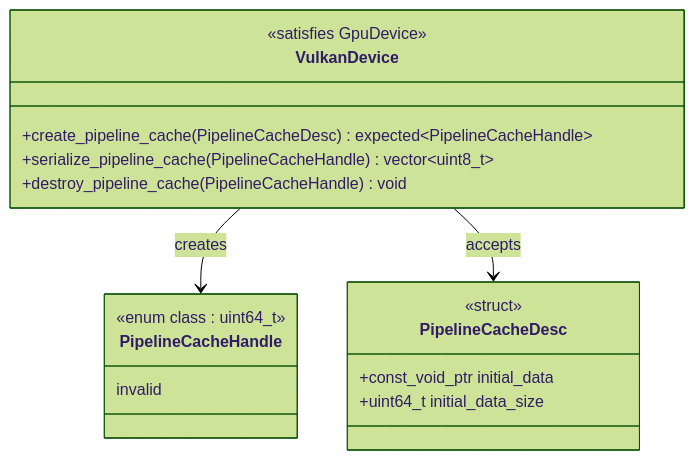
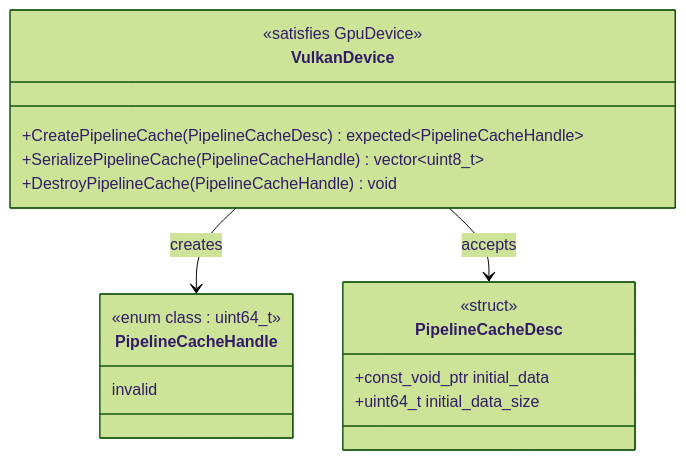
One commit to harmonius-dev/harmonius changed diagram 22 of 34 in docs/design/gpu-backend-vulkan-classes.md. Above: the diagram before and after it, drawn with Mermaid (forest theme). The commit also changed other lines of this file and 67 other files, not shown here.

````diff
--- a/docs/design/gpu-backend-vulkan-classes.md
+++ b/docs/design/gpu-backend-vulkan-classes.md
@@ -1132,21 +1132,21 @@
 ```mermaid
 classDiagram
     class VulkanDevice {
         <<satisfies GpuDevice>>
-        +create_pipeline_cache(PipelineCacheDesc) expected~PipelineCacheHandle~
-        +serialize_pipeline_cache(PipelineCacheHandle) vector~uint8_t~
-        +destroy_pipeline_cache(PipelineCacheHandle) void
+        +CreatePipelineCache(PipelineCacheDesc) expected~PipelineCacheHandle~
+        +SerializePipelineCache(PipelineCacheHandle) vector~uint8_t~
+        +DestroyPipelineCache(PipelineCacheHandle) void
     }
     class PipelineCacheHandle {
         <<enum class : uint64_t>>
         invalid
     }
     class PipelineCacheDesc {
         <<struct>>
         +const_void_ptr initial_data
         +uint64_t initial_data_size
     }
 
     VulkanDevice --> PipelineCacheHandle : creates
     VulkanDevice --> PipelineCacheDesc : accepts
 ```
````
